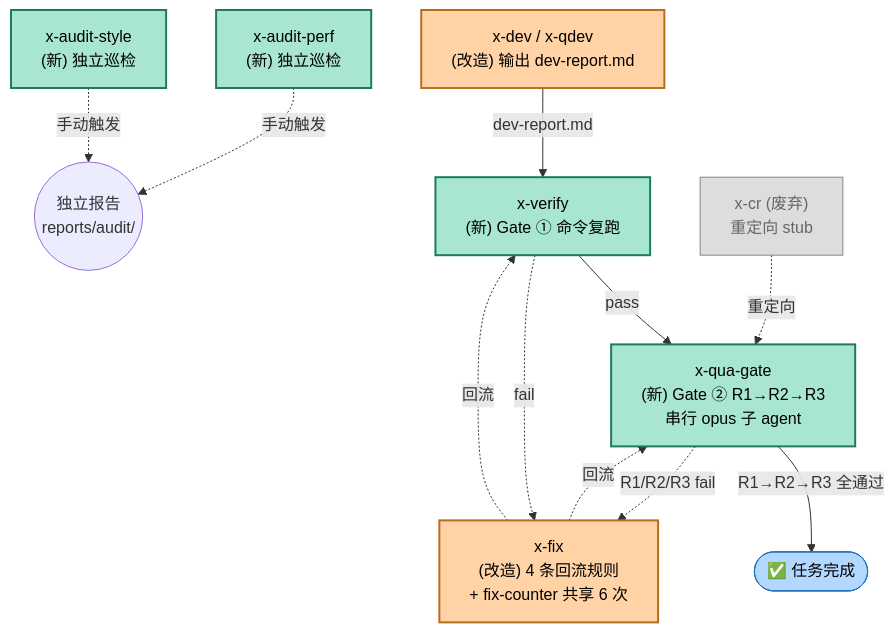
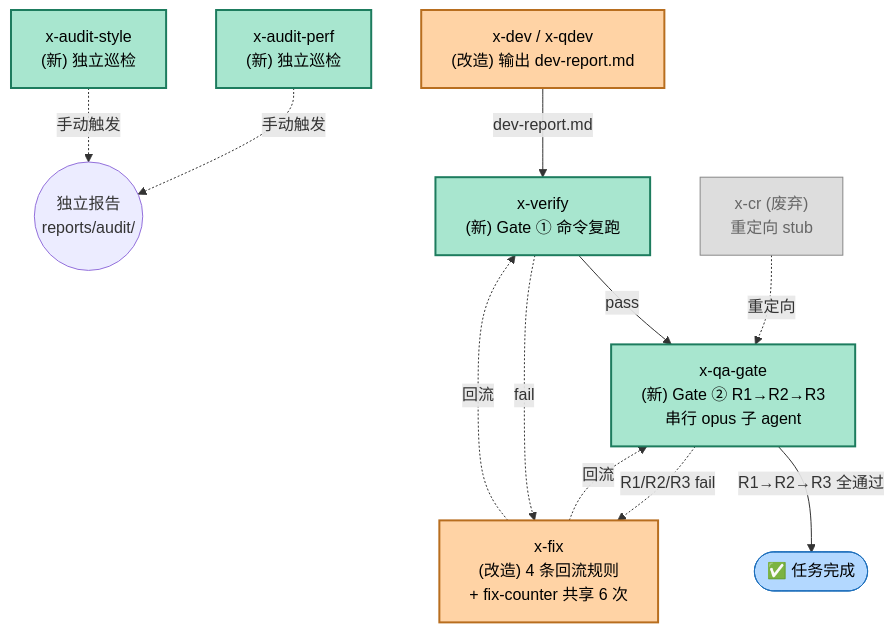
Before and after one commit to KtKID/x-dev-pipeline: the diagram in examples/req-modules-diagram-demo.md, drawn with Mermaid. The commit also changed other lines of this file and 23 other files, not shown here.

First line of the commit message:
rename: x-qua-gate → x-qa-gate（全局替换）

````diff
--- a/examples/req-modules-diagram-demo.md
+++ b/examples/req-modules-diagram-demo.md
@@ -14,31 +14,31 @@
 ```mermaid
 flowchart TD
   classDef new fill:#a8e6cf,stroke:#1d7c5e,stroke-width:2px,color:#000
   classDef changed fill:#ffd3a5,stroke:#b86e1f,stroke-width:2px,color:#000
   classDef deprecated fill:#ddd,stroke:#888,color:#666
   classDef done fill:#b3d8ff,stroke:#1e6fbb,color:#000
 
   Dev["x-dev / x-qdev<br/>(改造) 输出 dev-report.md"]:::changed
   Verify["x-verify<br/>(新) Gate ① 命令复跑"]:::new
-  Qua["x-qua-gate<br/>(新) Gate ② R1→R2→R3<br/>串行 opus 子 agent"]:::new
+  Qua["x-qa-gate<br/>(新) Gate ② R1→R2→R3<br/>串行 opus 子 agent"]:::new
   Fix["x-fix<br/>(改造) 4 条回流规则<br/>+ fix-counter 共享 6 次"]:::changed
   Done(["✅ 任务完成"]):::done
 
   AuditP["x-audit-perf<br/>(新) 独立巡检"]:::new
   AuditS["x-audit-style<br/>(新) 独立巡检"]:::new
   Indep((独立报告<br/>reports/audit/))
 
   Cr["x-cr (废弃)<br/>重定向 stub"]:::deprecated
 
   Dev -->|dev-report.md| Verify
   Verify -->|pass| Qua
   Qua -->|R1→R2→R3 全通过| Done
   Verify -.fail.-> Fix
   Qua -.R1/R2/R3 fail.-> Fix
   Fix -.回流.-> Verify
   Fix -.回流.-> Qua
 
   Cr -.重定向.-> Qua
   AuditP -.手动触发.-> Indep
   AuditS -.手动触发.-> Indep
 ```
````
